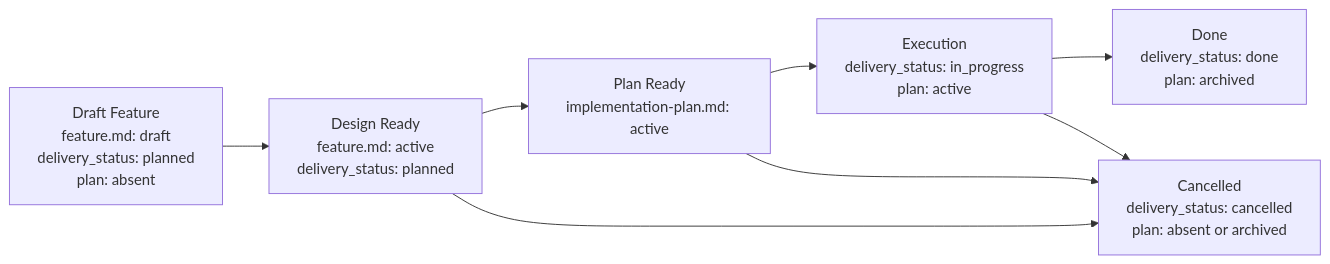
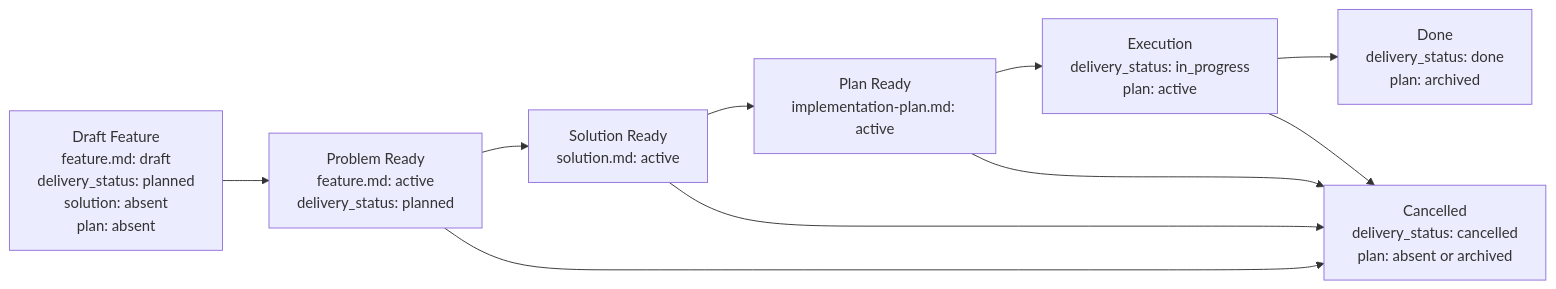
One commit to dapi/memory-bank changed the diagram in memory-bank/flows/feature-flow.md. Above: the diagram before and after it, drawn with Mermaid. The commit also changed other lines of this file and 18 other files, not shown here.

Commit message:
docs: split feature problem solution execution

````diff
--- a/memory-bank/flows/feature-flow.md
+++ b/memory-bank/flows/feature-flow.md
@@ -55,10 +80,12 @@
 ```mermaid
 flowchart LR
-    DF["Draft Feature<br/>feature.md: draft<br/>delivery_status: planned<br/>plan: absent"] --> DR["Design Ready<br/>feature.md: active<br/>delivery_status: planned"]
-    DR --> PR["Plan Ready<br/>implementation-plan.md: active"]
-    PR --> EX["Execution<br/>delivery_status: in_progress<br/>plan: active"]
-    DR --> CL["Cancelled<br/>delivery_status: cancelled<br/>plan: absent or archived"]
-    PR --> CL
+    DF["Draft Feature<br/>feature.md: draft<br/>delivery_status: planned<br/>solution: absent<br/>plan: absent"] --> PR["Problem Ready<br/>feature.md: active<br/>delivery_status: planned"]
+    PR --> SR["Solution Ready<br/>solution.md: active"]
+    SR --> PL["Plan Ready<br/>implementation-plan.md: active"]
+    PL --> EX["Execution<br/>delivery_status: in_progress<br/>plan: active"]
+    PR --> CL["Cancelled<br/>delivery_status: cancelled<br/>plan: absent or archived"]
+    SR --> CL
+    PL --> CL
     EX --> DN["Done<br/>delivery_status: done<br/>plan: archived"]
     EX --> CL
 ```
````
